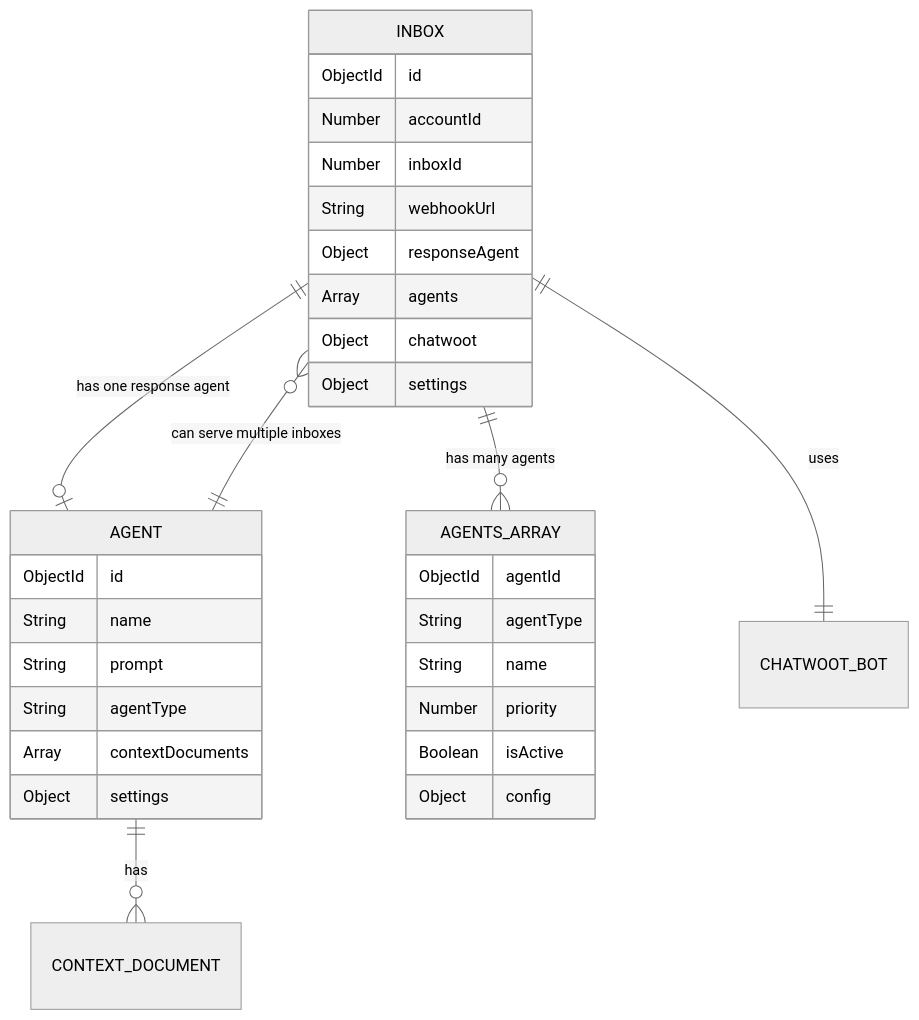
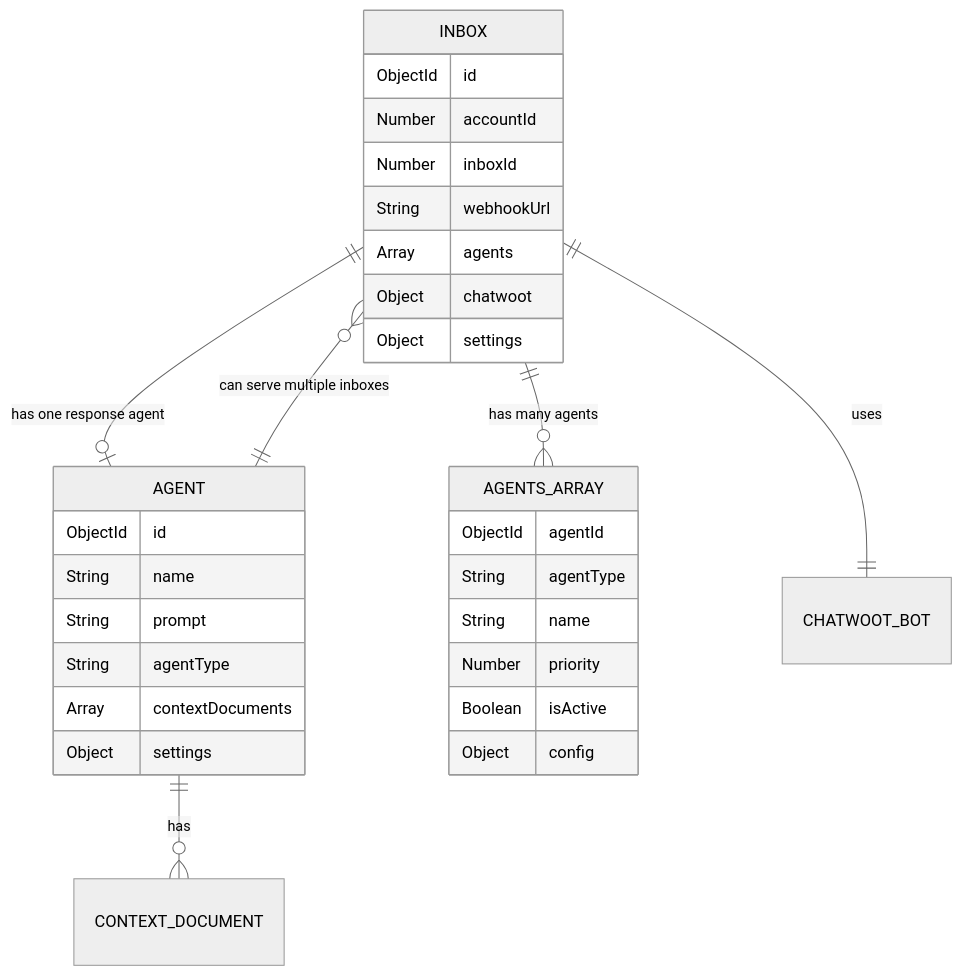
One commit to DiscipleTools/agent-ai changed the second of 2 diagrams in documentation/build/simplify.md. Above: the diagram before and after it, drawn with Mermaid (neutral theme). The commit also changed other lines of this file and 33 other files, not shown here.

Commit message:
Refactor agent system to unify agent types into a single workflow agent structure, removing response agent functionality and related API endpoints. Update UI components and documentation to reflect changes in agent handling and display. Clean up unused code and improve overall organization.

````diff
--- a/documentation/build/simplify.md
+++ b/documentation/build/simplify.md
@@ -501,37 +477,36 @@
 ```mermaid
 erDiagram
     INBOX ||--o| AGENT : "has one response agent"
     INBOX ||--o{ AGENTS_ARRAY : "has many agents"
     AGENT ||--o{ INBOX : "can serve multiple inboxes"
     INBOX ||--|| CHATWOOT_BOT : uses
     AGENT ||--o{ CONTEXT_DOCUMENT : has
     
     INBOX {
         ObjectId id
         Number accountId
         Number inboxId
         String webhookUrl
-        Object responseAgent
         Array agents
         Object chatwoot
         Object settings
     }
     
     AGENT {
         ObjectId id
         String name
         String prompt
         String agentType
         Array contextDocuments
         Object settings
     }
     
     AGENTS_ARRAY {
         ObjectId agentId
         String agentType
         String name
         Number priority
         Boolean isActive
         Object config
     }
 ```
````
